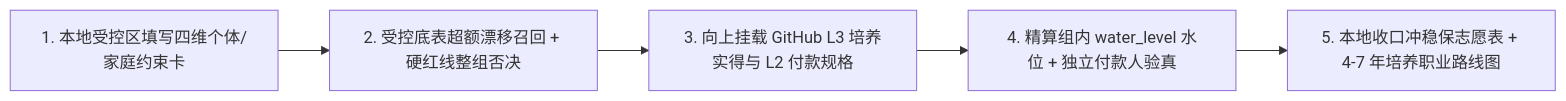
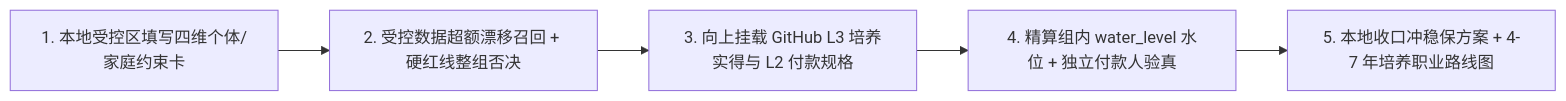
One commit to mythpan1/pathwise-research changed the third of 3 diagrams in docs/architecture-v3.md. Above: the diagram before and after it, drawn with Mermaid. The commit also changed other lines of this file and 141 other files, not shown here.

````diff
--- a/docs/architecture-v3.md
+++ b/docs/architecture-v3.md
@@ -160,7 +142,7 @@
 ```mermaid
 flowchart LR
-    B1["1. 本地受控区填写四维个体/家庭约束卡"] --> B2["2. 受控底表超额漂移召回 + 硬红线整组否决"]
+    B1["1. 本地受控区填写四维个体/家庭约束卡"] --> B2["2. 受控数据超额漂移召回 + 硬红线整组否决"]
     B2 --> B3["3. 向上挂载 GitHub L3 培养实得与 L2 付款规格"]
     B3 --> B4["4. 精算组内 water_level 水位 + 独立付款人验真"]
-    B4 --> B5["5. 本地收口冲稳保志愿表 + 4-7 年培养职业路线图"]
+    B4 --> B5["5. 本地收口冲稳保方案 + 4-7 年培养职业路线图"]
 ```
````
